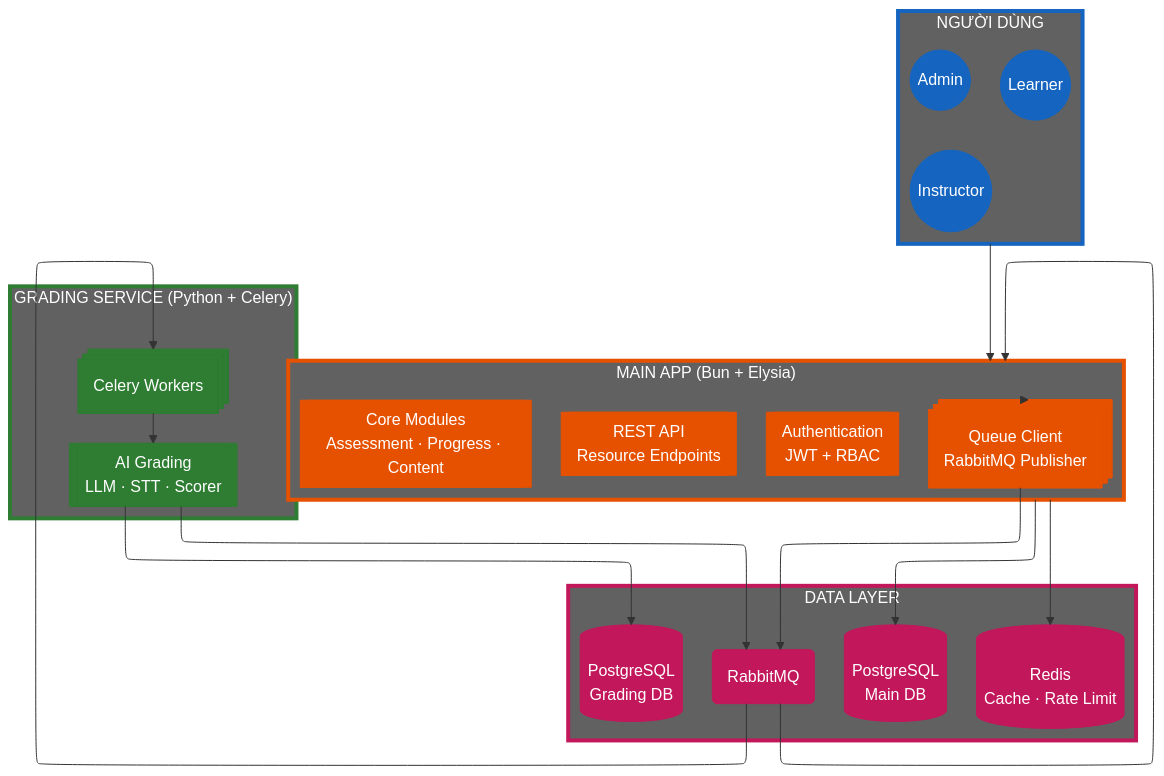
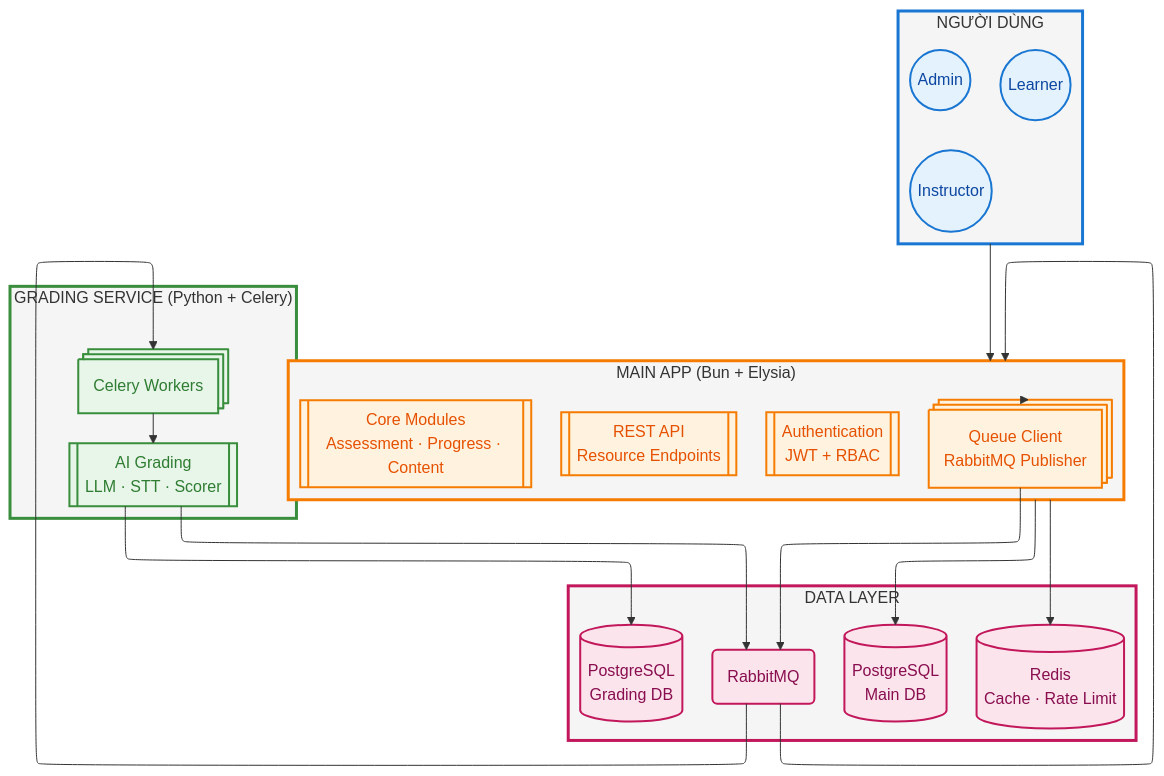
The first of 12 diagrams in docs/capstone/diagrams/flow-diagrams.vi.md (nghyane/VSTEP), drawn with Mermaid before and after one commit. The commit also changed other lines of this file, not shown here.

First line of the commit message:
style(docs): fix mermaid diagram colors to pastel scheme

````diff
--- a/docs/capstone/diagrams/flow-diagrams.vi.md
+++ b/docs/capstone/diagrams/flow-diagrams.vi.md
@@ -9,69 +9,69 @@
 ```mermaid
 ---
 config:
   layout: elk
   theme: default
 ---
 flowchart TB
     subgraph Users["NGƯỜI DÙNG"]
         direction LR
         L@{ shape: circle, label: "Learner" }
         I@{ shape: circle, label: "Instructor" }
         A@{ shape: circle, label: "Admin" }
     end
 
     subgraph BunApp["MAIN APP (Bun + Elysia)"]
         direction TB
         Auth@{ shape: fr-rect, label: "Authentication\nJWT + RBAC" }
         API@{ shape: fr-rect, label: "REST API\nResource Endpoints" }
         Core@{ shape: fr-rect, label: "Core Modules\nAssessment · Progress · Content" }
         QueueClient@{ shape: st-rect, label: "Queue Client\nRabbitMQ Publisher" }
     end
 
     subgraph GradingService["GRADING SERVICE (Python + Celery)"]
         direction TB
         Worker@{ shape: st-rect, label: "Celery Workers" }
         Grader@{ shape: fr-rect, label: "AI Grading\nLLM · STT · Scorer" }
     end
 
     subgraph DataLayer["DATA LAYER"]
         direction LR
         MainDB@{ shape: cyl, label: "PostgreSQL\nMain DB" }
         GradingDB@{ shape: cyl, label: "PostgreSQL\nGrading DB" }
         MQ@{ shape: rounded, label: "RabbitMQ" }
         Redis@{ shape: cyl, label: "Redis\nCache · Rate Limit" }
     end
 
     Users --> BunApp
     BunApp --> MainDB
     BunApp --> Redis
     BunApp --> QueueClient
     QueueClient --> MQ
     MQ --> Worker
     Worker --> Grader
     Grader --> GradingDB
     Grader --> MQ
     MQ --> BunApp
 
-    %% Nodes - solid fill
-    classDef users fill:#1565c0,stroke:#1565c0,color:#fff
-    classDef bun fill:#e65100,stroke:#e65100,color:#fff
-    classDef python fill:#2e7d32,stroke:#2e7d32,color:#fff
-    classDef data fill:#c2185b,stroke:#c2185b,color:#fff
+    %% Nodes - soft pastel fill with dark text
+    classDef users fill:#e3f2fd,stroke:#1976d2,stroke-width:2px,color:#0d47a1
+    classDef bun fill:#fff3e0,stroke:#f57c00,stroke-width:2px,color:#e65100
+    classDef python fill:#e8f5e9,stroke:#388e3c,stroke-width:2px,color:#2e7d32
+    classDef data fill:#fce4ec,stroke:#c2185b,stroke-width:2px,color:#880e4f
 
-    %% Subgraph boxes - mid-gray fill visible on both light/dark modes
-    classDef usersBox fill:#616161,stroke:#1565c0,stroke-width:4px,color:#fff
-    classDef bunBox fill:#616161,stroke:#e65100,stroke-width:4px,color:#fff
-    classDef pythonBox fill:#616161,stroke:#2e7d32,stroke-width:4px,color:#fff
-    classDef dataBox fill:#616161,stroke:#c2185b,stroke-width:4px,color:#fff
+    %% Subgraph boxes - very light tint with matching border
+    classDef usersBox fill:#f5f5f5,stroke:#1976d2,stroke-width:3px,color:#333
+    classDef bunBox fill:#f5f5f5,stroke:#f57c00,stroke-width:3px,color:#333
+    classDef pythonBox fill:#f5f5f5,stroke:#388e3c,stroke-width:3px,color:#333
+    classDef dataBox fill:#f5f5f5,stroke:#c2185b,stroke-width:3px,color:#333
 
     class Users usersBox
     class BunApp bunBox
     class GradingService pythonBox
     class DataLayer dataBox
 
     class L,I,A users
     class Auth,API,Core,QueueClient bun
     class Worker,Grader python
     class MainDB,GradingDB,MQ,Redis data
 ```
````
